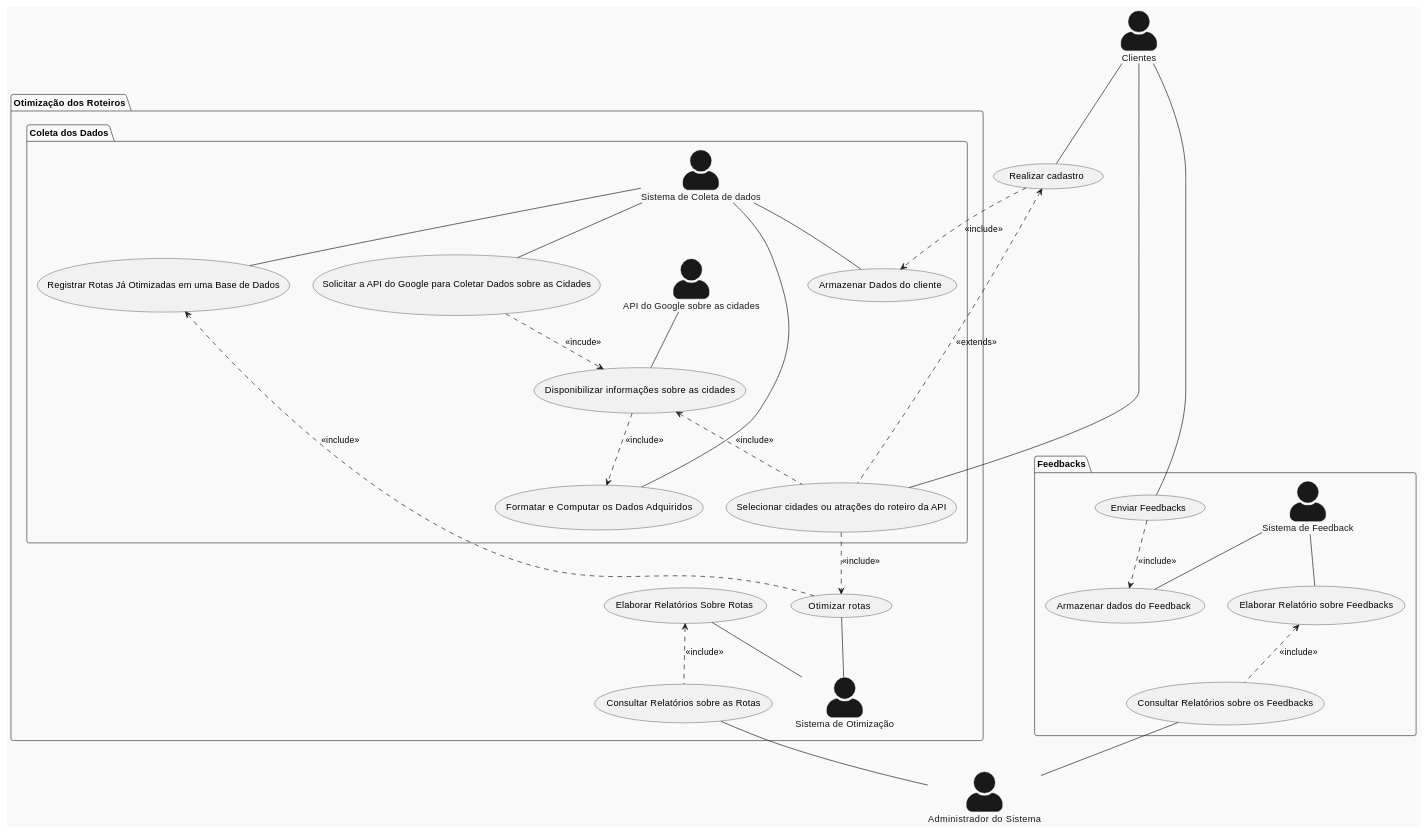
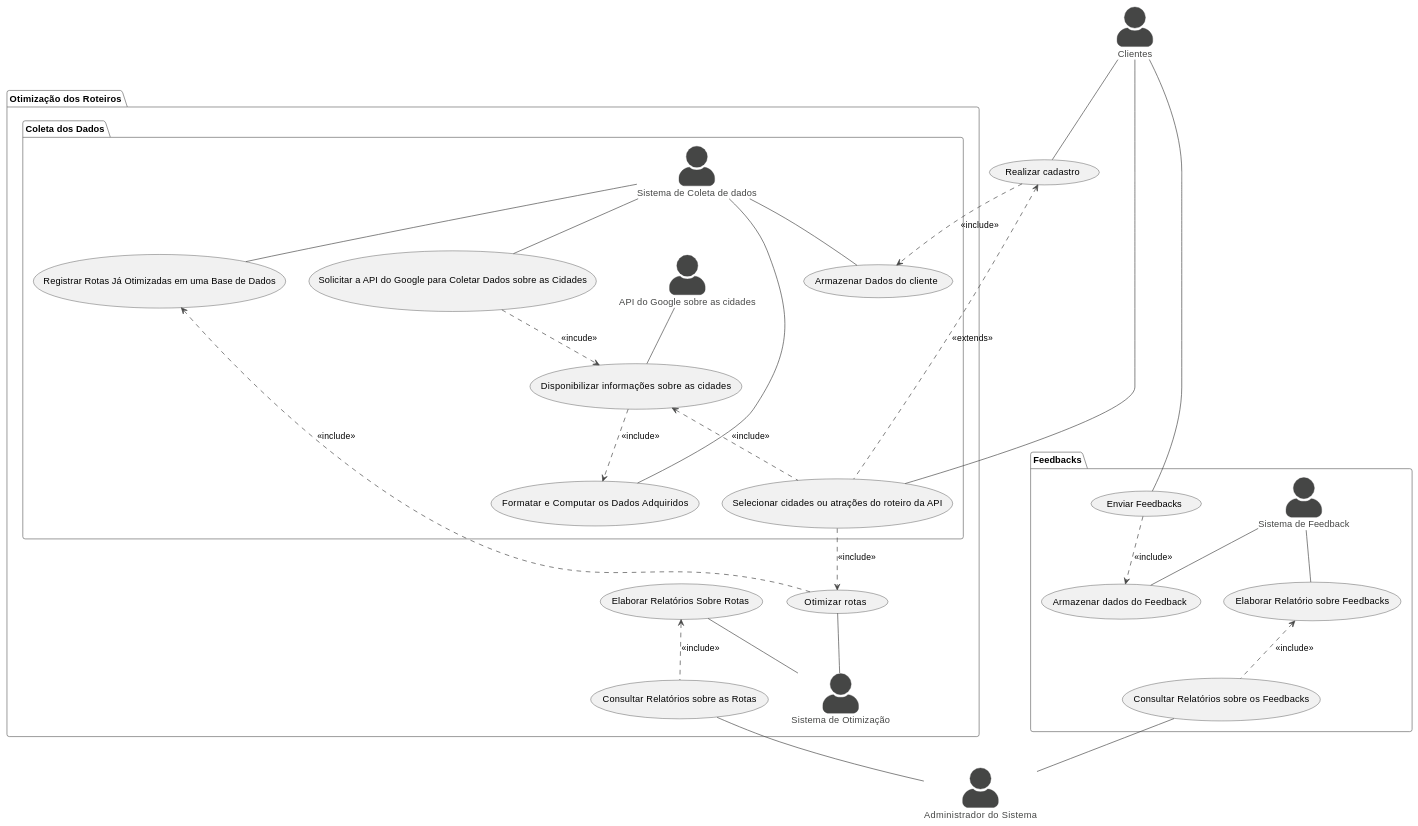
The diagram in Relatório/Semana-1/Diagramas/DCU.md (pedrodilallo/site_turismo_SIG), drawn with PlantUML before and after one commit. The commit also changed 5 other files, not shown here.

```diff
--- a/Relatório/Semana-1/Diagramas/DCU.md
+++ b/Relatório/Semana-1/Diagramas/DCU.md
@@ -1,76 +1,77 @@
 @startuml
 skinparam actorStyle awesome
-!theme mars
+!theme vibrant
+
 
 actor "Clientes" as cliente
 actor "Administrador do Sistema" as sys_admin
 
 cliente -- (Realizar cadastro)
 
 
 
 
 package "Otimização dos Roteiros"{
 actor "Sistema de Otimização" as  otimizador
 
 
 (Otimizar rotas) -- otimizador 
 
 
     package "Coleta dos Dados"{
         actor "Sistema de Coleta de dados" as coletador
         actor "API do Google sobre as cidades" as API   
 
         cliente -- (Selecionar cidades ou atrações do roteiro da API)
         
         (Selecionar cidades ou atrações do roteiro da API) ..> (Otimizar rotas): <<include>>
 
         (Solicitar a API do Google para Coletar Dados sobre as Cidades) ..> (Disponibilizar informações sobre as cidades) : <<incude>>
         coletador -- (Solicitar a API do Google para Coletar Dados sobre as Cidades)
         coletador -- (Registrar Rotas Já Otimizadas em uma Base de Dados)
         coletador -- (Formatar e Computar os Dados Adquiridos)
         API -- (Disponibilizar informações sobre as cidades)
         (Disponibilizar informações sobre as cidades) <.. (Selecionar cidades ou atrações do roteiro da API) : <<include>>
         (Otimizar rotas) ..> (Registrar Rotas Já Otimizadas em uma Base de Dados) : <<include>>
         (Disponibilizar informações sobre as cidades) ..> (Formatar e Computar os Dados Adquiridos):<<include>>
         (Realizar cadastro) ..> (Armazenar Dados do cliente): <<include>>
 
         coletador -- (Armazenar Dados do cliente)
 
 
 
     }
 
 
 (Elaborar Relatórios Sobre Rotas) <.. (Consultar Relatórios sobre as Rotas): <<include>> 
 (Elaborar Relatórios Sobre Rotas) -- otimizador
 
 }
 
 
 
 (Consultar Relatórios sobre as Rotas) -- sys_admin
 
 
 
 
 (Realizar cadastro) <.. (Selecionar cidades ou atrações do roteiro da API) : <<extends>>
 
 
 package "Feedbacks"{
 actor "Sistema de Feedback" as feedback
 
 (Enviar Feedbacks) ..> (Armazenar dados do Feedback) : <<include>>
 (Elaborar Relatório sobre Feedbacks) <.. (Consultar Relatórios sobre os Feedbacks) : <<include>>
 cliente -- (Enviar Feedbacks)
 feedback -- (Armazenar dados do Feedback)
 (Consultar Relatórios sobre os Feedbacks) -- sys_admin
 feedback -- (Elaborar Relatório sobre Feedbacks)
 
 
 
 }
 
 
 
 @enduml
```
